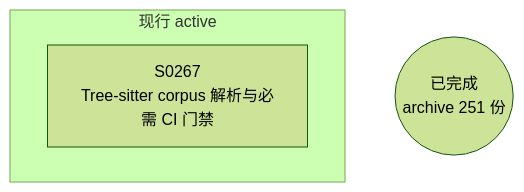
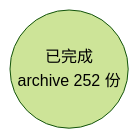
One commit to Halckon/Koven changed the diagram in docs/specs/dependency-graph.md. Above: the diagram before and after it, drawn with Mermaid (forest theme). The commit also changed other lines of this file and 9 other files, not shown here.

Commit message:
docs(spec-0267): archive verified editor corpus delivery

````diff
--- a/docs/specs/dependency-graph.md
+++ b/docs/specs/dependency-graph.md
@@ -9,7 +9,4 @@
 ```mermaid
 flowchart TD
-ARCH(("已完成<br/>archive 251 份"))
-subgraph Gactive["现行 active"]
-  S0267["S0267<br/>Tree-sitter corpus 解析与必需 CI 门禁"]
-end
+ARCH(("已完成<br/>archive 252 份"))
 ```
````
